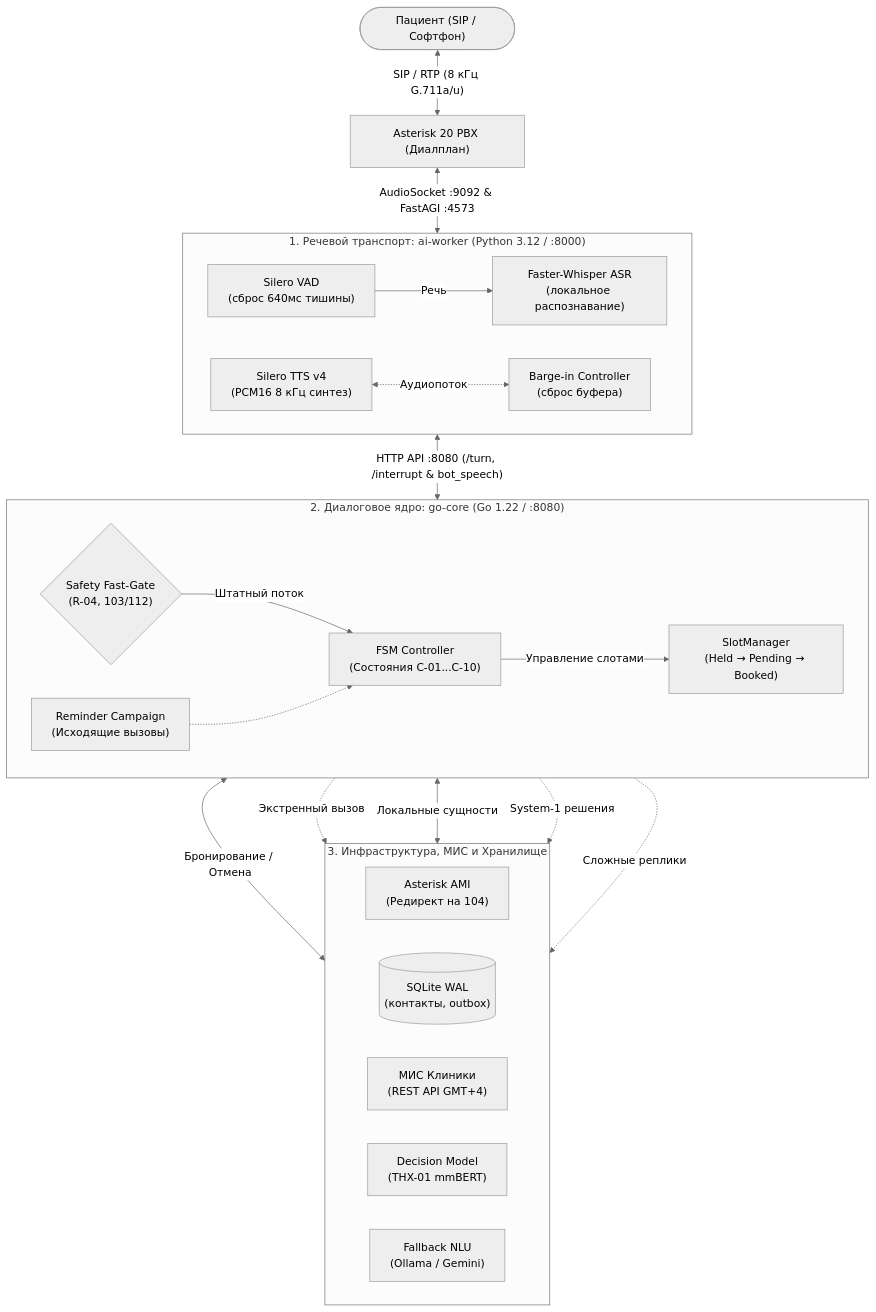
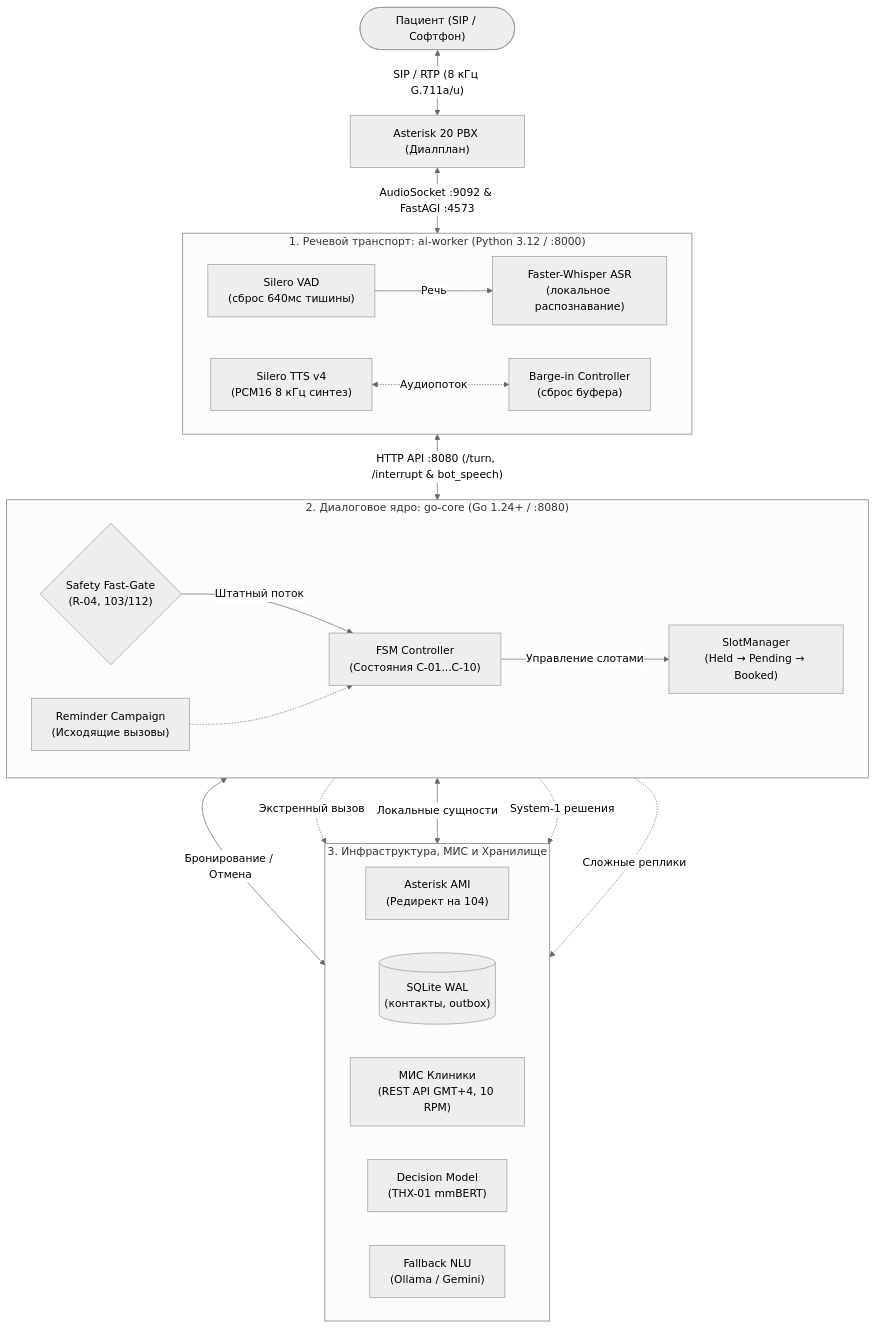
The diagram in README.md (0himera/clinicalvoice), drawn with Mermaid (neutral theme) before and after one commit. The commit also changed other lines of this file and 40 other files, not shown here.

````diff
--- a/README.md
+++ b/README.md
@@ -41,36 +41,36 @@
 ```mermaid
 flowchart TD
     Caller(["Пациент (SIP / Софтфон)"]) <-->|"SIP / RTP (8 кГц G.711a/u)"| Asterisk["Asterisk 20 PBX (Диалплан)"]
 
     Asterisk <-->|"AudioSocket :9092 & FastAGI :4573"| Worker
 
     subgraph Worker[" 1. Речевой транспорт: ai-worker (Python 3.12 / :8000) "]
         direction LR
         VAD["Silero VAD\n(сброс 640мс тишины)"] -->|"Речь"| ASR["Faster-Whisper ASR\n(локальное распознавание)"]
         TTS["Silero TTS v4\n(PCM16 8 кГц синтез)"] <-.->|"Аудиопоток"| BargeIn["Barge-in Controller\n(сброс буфера)"]
     end
 
     Worker <-->|"HTTP API :8080 (/turn, /interrupt & bot_speech)"| Core
 
-    subgraph Core[" 2. Диалоговое ядро: go-core (Go 1.22 / :8080) "]
+    subgraph Core[" 2. Диалоговое ядро: go-core (Go 1.24+ / :8080) "]
         direction LR
         SafetyGate{"Safety Fast-Gate\n(R-04, 103/112)"} -->|"Штатный поток"| FSM["FSM Controller\n(Состояния C-01...C-10)"]
         FSM -->|"Управление слотами"| SlotMgr["SlotManager\n(Held → Pending → Booked)"]
         Campaign["Reminder Campaign\n(Исходящие вызовы)"] -.-> FSM
     end
 
     subgraph Integrations[" 3. Инфраструктура, МИС и Хранилище "]
         direction LR
         AMI["Asterisk AMI\n(Редирект на 104)"]
         DB[("SQLite WAL\n(контакты, outbox)")]
-        MIS["МИС Клиники\n(REST API GMT+4)"]
+        MIS["МИС Клиники\n(REST API GMT+4, 10 RPM)"]
         Decision["Decision Model\n(THX-01 mmBERT)"]
         LLM["Fallback NLU\n(Ollama / Gemini)"]
     end
 
     Core -.->|"Экстренный вызов"| AMI
     Core <-->|"Локальные сущности"| DB
     SlotMgr <-->|"Бронирование / Отмена"| MIS
     Core -.->|"System-1 решения"| Decision
     Core -.->|"Сложные реплики"| LLM
 ```
````
